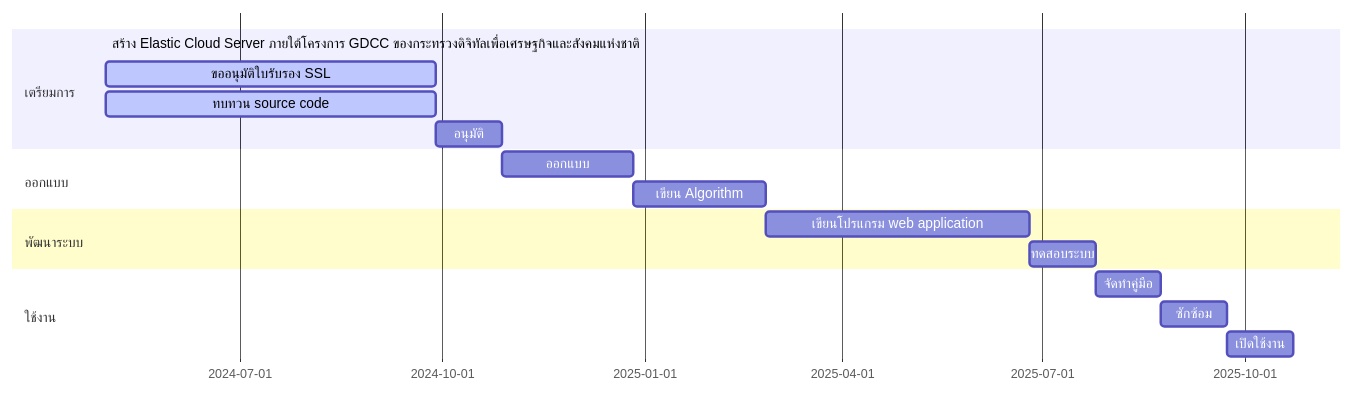
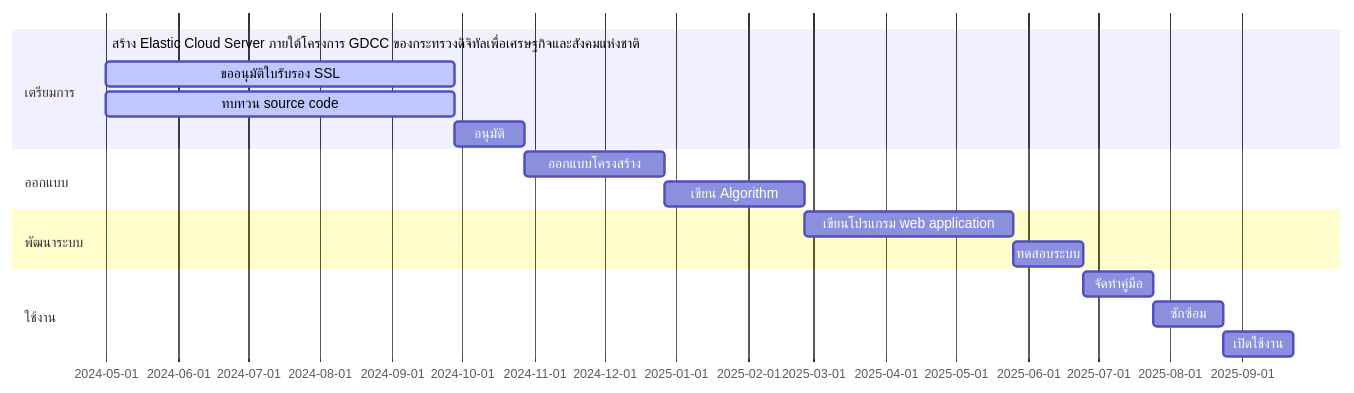
The first of 2 diagrams in README.md (Kietpawpan/e-tracking), drawn with Mermaid before and after one commit.

````diff
--- a/README.md
+++ b/README.md
@@ -10,20 +10,20 @@
 ```mermaid
 gantt
     section เตรียมการ
        สร้าง Elastic Cloud Server ภายใต้โครงการ GDCC ของกระทรวงดิจิทัลเพื่อเศรษฐกิจและสังคมแห่งชาติ :done,    des1, 2024-05-01,2024-05-30
        ขออนุมัติใบรับรอง SSL :active, des2, after des1, 150d
        ทบทวน source code : active, des3, after des1, 150d
        อนุมัติ: a, after des3, 30d
     section ออกแบบ
-       ออกแบบ  :  des4, after a, 60d
+       ออกแบบโครงสร้าง  :  des4, after a, 60d
        เขียน Algorithm:   des5, after des4, 60d
     section พัฒนาระบบ
-       เขียนโปรแกรม web application  :  des6, after des5, 120d
+       เขียนโปรแกรม web application  :  des6, after des5, 90d
        ทดสอบระบบ:    des7, after des6, 30d
    section ใช้งาน
        จัดทำคู่มือ  :   des8, after des7, 30d
        ซักซ้อม :      des9, after des8, 30d
        เปิดใช้งาน:    des10, after des9, 30d
 
 
 ```
````
